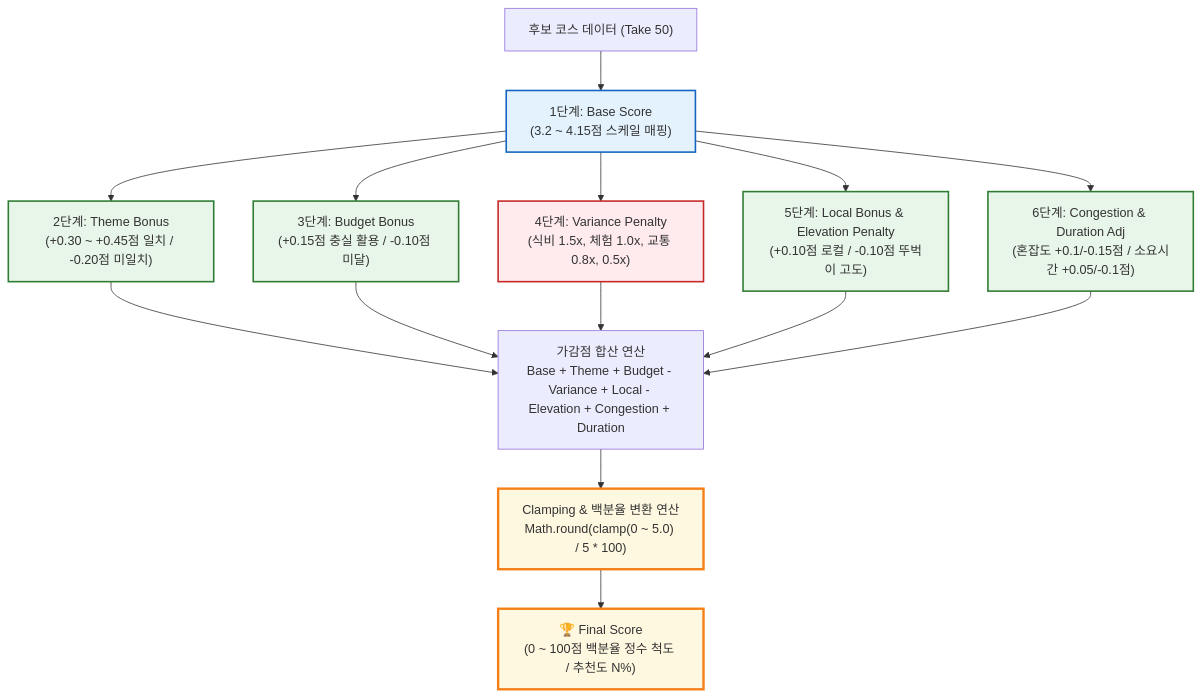
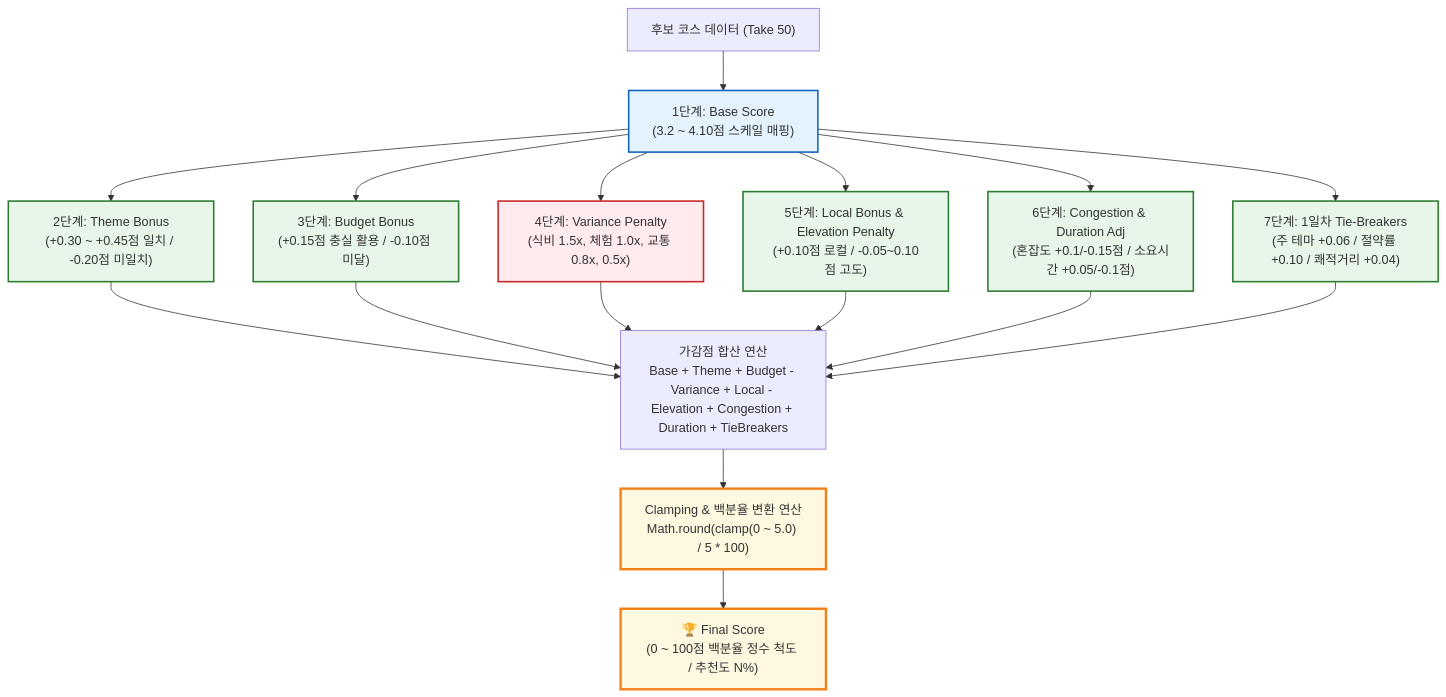
The third of 3 diagrams in docs/recommend-route-architecture.md (oiso-bagi/OISO-BE), drawn with Mermaid before and after one commit. The commit also changed other lines of this file and 3 other files, not shown here.

````diff
--- a/docs/recommend-route-architecture.md
+++ b/docs/recommend-route-architecture.md
@@ -200,19 +201,20 @@
 ```mermaid
 flowchart TD
     classDef base fill:#e3f2fd,stroke:#1565c0,stroke-width:2px;
     classDef bonus fill:#e8f5e9,stroke:#2e7d32,stroke-width:2px;
     classDef penalty fill:#ffebee,stroke:#c62828,stroke-width:2px;
     classDef final fill:#fff8e1,stroke:#f57f17,stroke-width:3px;
 
-    Start["후보 코스 데이터 (Take 50)"] --> Step1["1단계: Base Score<br/>(3.2 ~ 4.15점 스케일 매핑)"]:::base
+    Start["후보 코스 데이터 (Take 50)"] --> Step1["1단계: Base Score<br/>(3.2 ~ 4.10점 스케일 매핑)"]:::base
 
     Step1 --> Step2["2단계: Theme Bonus<br/>(+0.30 ~ +0.45점 일치 / -0.20점 미일치)"]:::bonus
     Step1 --> Step3["3단계: Budget Bonus<br/>(+0.15점 충실 활용 / -0.10점 미달)"]:::bonus
     Step1 --> Step4["4단계: Variance Penalty<br/>(식비 1.5x, 체험 1.0x, 교통 0.8x, 0.5x)"]:::penalty
-    Step1 --> Step5["5단계: Local Bonus & Elevation Penalty<br/>(+0.10점 로컬 / -0.10점 뚜벅이 고도)"]:::bonus
+    Step1 --> Step5["5단계: Local Bonus & Elevation Penalty<br/>(+0.10점 로컬 / -0.05~0.10점 고도)"]:::bonus
     Step1 --> Step6["6단계: Congestion & Duration Adj<br/>(혼잡도 +0.1/-0.15점 / 소요시간 +0.05/-0.1점)"]:::bonus
+    Step1 --> Step7["7단계: 1일차 Tie-Breakers<br/>(주 테마 +0.06 / 절약률 +0.10 / 쾌적거리 +0.04)"]:::bonus
 
-    Step2 & Step3 & Step4 & Step5 & Step6 --> Sum["가감점 합산 연산<br/>Base + Theme + Budget - Variance + Local - Elevation + Congestion + Duration"]
+    Step2 & Step3 & Step4 & Step5 & Step6 & Step7 --> Sum["가감점 합산 연산<br/>Base + Theme + Budget - Variance + Local - Elevation + Congestion + Duration + TieBreakers"]
     Sum --> Clamp["Clamping & 백분율 변환 연산<br/>Math.round(clamp(0 ~ 5.0) / 5 * 100)"]:::final
     Clamp --> Output["🏆 Final Score<br/>(0 ~ 100점 백분율 정수 척도 / 추천도 N%)"]:::final
 ```
````
